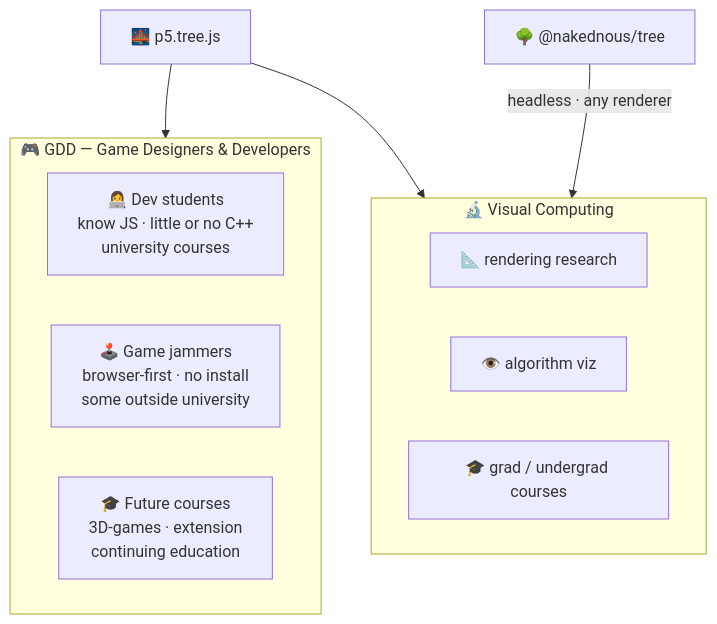
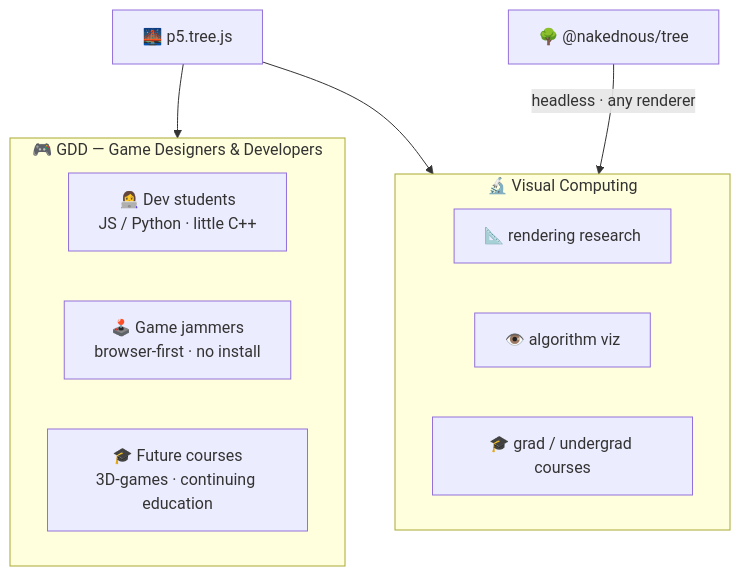
Before and after one commit to ABJ-d/tree: the seventh of 8 diagrams in slides.md, drawn with Mermaid. The commit also changed other lines of this file, not shown here.

````diff
--- a/slides.md
+++ b/slides.md
@@ -540,19 +540,19 @@
 ```mermaid
 flowchart TB
   subgraph GDD["🎮 GDD — Game Designers & Developers"]
     direction LR
-    D["👩‍💻 Dev students\nknow JS · little or no C++\nuniversity courses"]
-    J["🕹️ Game jammers\nbrowser-first · no install\nsome outside university"]
-    E["🎓 Future courses\n3D-games · extension\ncontinuing education"]
+    D["👩‍💻 Dev students\n JS / Python · little C++"]
+    J["🕹️ Game jammers\nbrowser-first · no install"]
+    E["🎓 Future courses\n3D-games · continuing education"]
   end
 
   subgraph VC["🔬 Visual Computing"]
     direction LR
     V1["📐 rendering research"]
     V2["👁️ algorithm viz"]
     V3["🎓 grad / undergrad courses"]
   end
 
   P["🌉 p5.tree.js"] --> GDD & VC
   T["🌳 @nakednous/tree"] -->|"headless · any renderer"| VC
 ```
````
